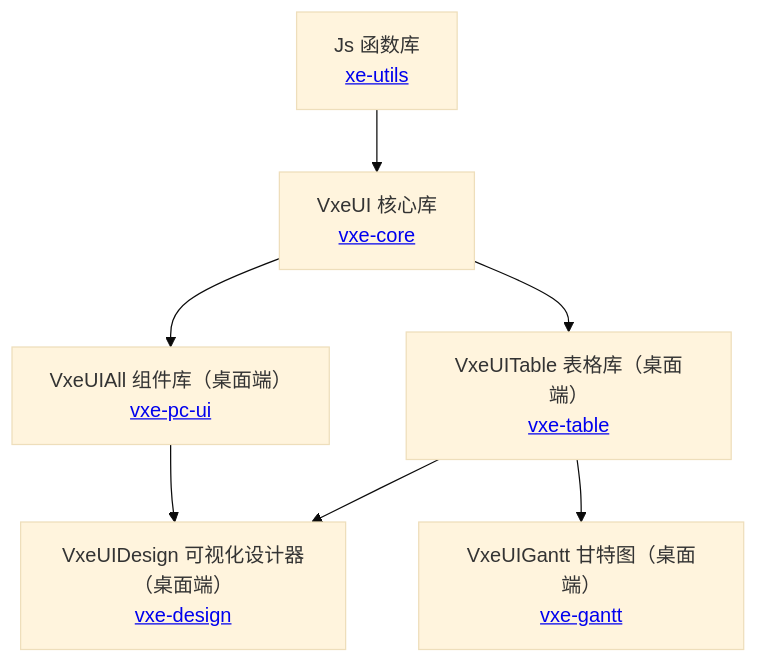
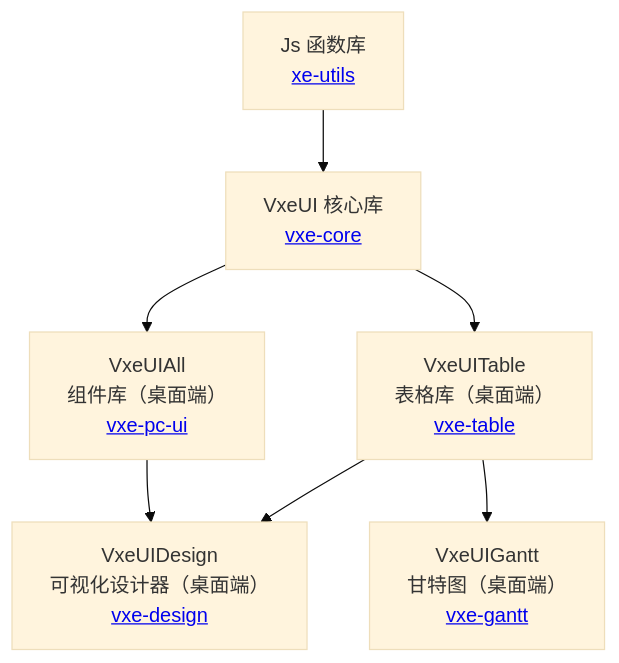
One commit to x-extends/vxe-ui-docs changed the first of 4 diagrams in framework.md. Above: the diagram before and after it, drawn with Mermaid (base theme).

````diff
--- a/framework.md
+++ b/framework.md
@@ -3,9 +3,9 @@
 ```mermaid
 graph TD;
     xe-utils[Js 函数库<br><a href="https://github.com/x-extends/xe-utils" target="_blank">xe-utils</a>]-->vxe-core[VxeUI 核心库<br><a href="https://github.com/x-extends/vxe-core" target="_blank">vxe-core</a>];
-    vxe-core-->vxe-pc-ui[VxeUIAll 组件库（桌面端）<br><a href="https://github.com/x-extends/vxe-pc-ui" target="_blank">vxe-pc-ui</a>];
-    vxe-core-->vxe-table[VxeUITable 表格库（桌面端）<br><a href="https://github.com/x-extends/vxe-table" target="_blank">vxe-table</a>];
-    vxe-table-->vxe-gantt[VxeUIGantt 甘特图（桌面端）<br><a href="https://github.com/x-extends/vxe-gantt" target="_blank">vxe-gantt</a>];
-    vxe-pc-ui-->vxe-design[VxeUIDesign 可视化设计器（桌面端）<br><a href="https://github.com/x-extends/vxe-design" target="_blank">vxe-design</a>];
+    vxe-core-->vxe-pc-ui[VxeUIAll<br>组件库（桌面端）<br><a href="https://github.com/x-extends/vxe-pc-ui" target="_blank">vxe-pc-ui</a>];
+    vxe-core-->vxe-table[VxeUITable<br>表格库（桌面端）<br><a href="https://github.com/x-extends/vxe-table" target="_blank">vxe-table</a>];
+    vxe-table-->vxe-gantt[VxeUIGantt<br>甘特图（桌面端）<br><a href="https://github.com/x-extends/vxe-gantt" target="_blank">vxe-gantt</a>];
+    vxe-pc-ui-->vxe-design[VxeUIDesign<br>可视化设计器（桌面端）<br><a href="https://github.com/x-extends/vxe-design" target="_blank">vxe-design</a>];
     vxe-table-->vxe-design;
 ```
````
